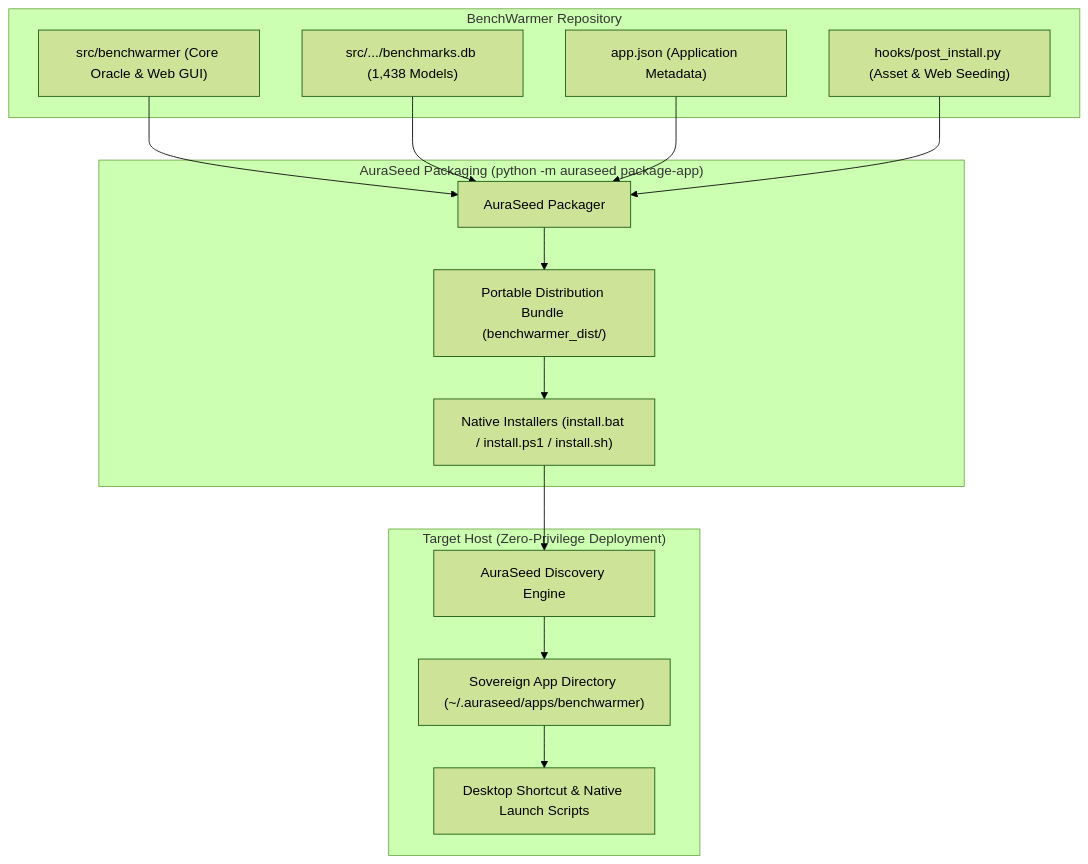
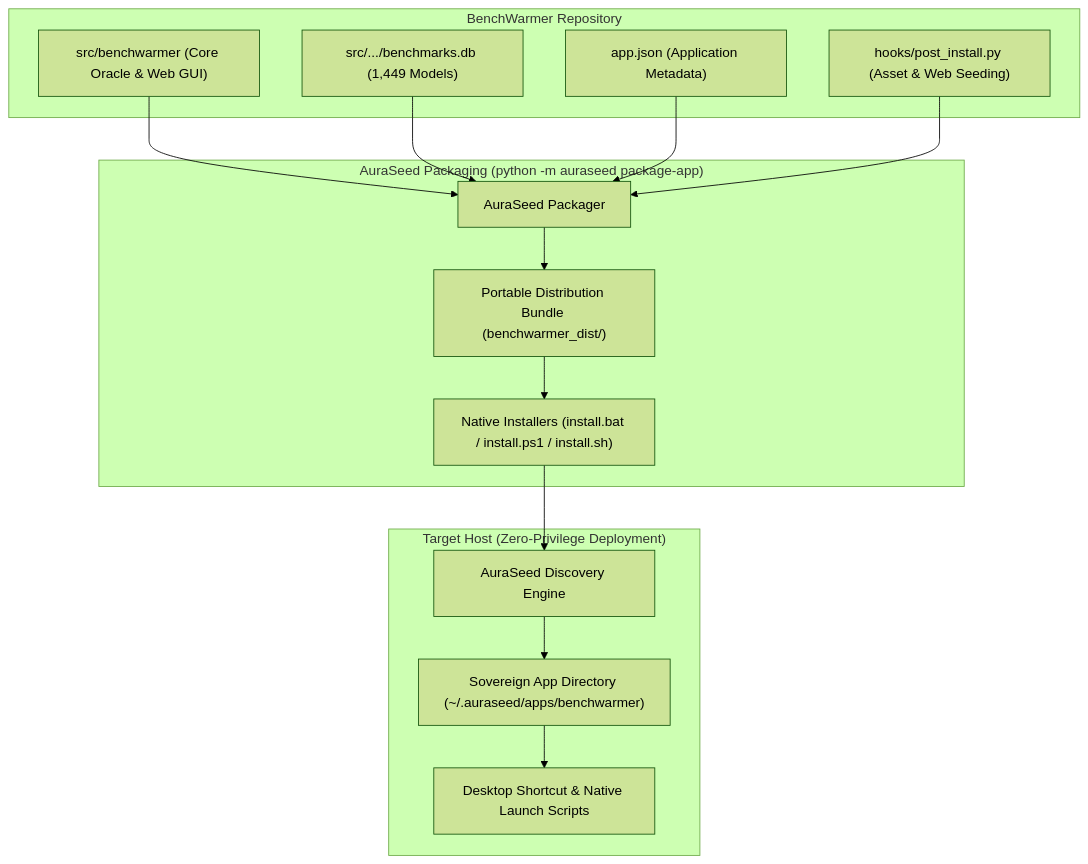
Before and after one commit to AuraCoreDynamics/BenchWarmer: the diagram in docs/AURASEED_DEPLOYMENT.md, drawn with Mermaid (forest theme). The commit also changed other lines of this file and 17 other files, not shown here.

````diff
--- a/docs/AURASEED_DEPLOYMENT.md
+++ b/docs/AURASEED_DEPLOYMENT.md
@@ -40,31 +40,31 @@
 ```mermaid
 flowchart TD
     subgraph Development [BenchWarmer Repository]
         Src["src/benchwarmer (Core Oracle & Web GUI)"]
-        DB["src/.../benchmarks.db (1,438 Models)"]
+        DB["src/.../benchmarks.db (1,449 Models)"]
         AppMeta["app.json (Application Metadata)"]
         Hook["hooks/post_install.py (Asset & Web Seeding)"]
     end
 
     subgraph Packaging ["AuraSeed Packaging (python -m auraseed package-app)"]
         Packager["AuraSeed Packager"]
         Dist["Portable Distribution Bundle (benchwarmer_dist/)"]
         Installers["Native Installers (install.bat / install.ps1 / install.sh)"]
     end
 
     subgraph Target ["Target Host (Zero-Privilege Deployment)"]
         Engine["AuraSeed Discovery Engine"]
         SovereignEnv["Sovereign App Directory (~/.auraseed/apps/benchwarmer)"]
         Launchers["Desktop Shortcut & Native Launch Scripts"]
     end
 
     Src --> Packager
     DB --> Packager
     AppMeta --> Packager
     Hook --> Packager
     Packager --> Dist
     Dist --> Installers
     Installers --> Engine
     Engine --> SovereignEnv
     SovereignEnv --> Launchers
 ```
````
